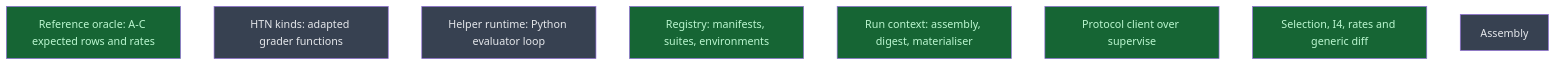
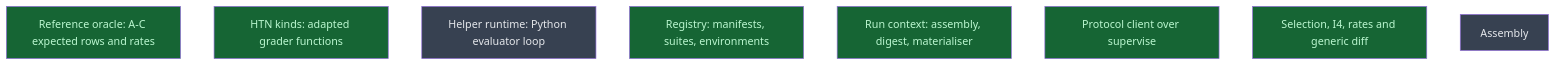
One commit to CrackingShells/Candler changed the diagram in __roadmap__/m2a-evaluation-parity/components/README.md. Above: the diagram before and after it, drawn with Mermaid. The commit also changed other lines of this file and 3 other files, not shown here.

First line of the commit message:
rdm(evaluation): report htn_kinds and mark it done

````diff
--- a/__roadmap__/m2a-evaluation-parity/components/README.md
+++ b/__roadmap__/m2a-evaluation-parity/components/README.md
@@ -20,16 +20,16 @@
 ```mermaid
 graph TD
     reference_oracle[Reference oracle: A-C expected rows and rates]:::done
-    htn_kinds[HTN kinds: adapted grader functions]:::planned
+    htn_kinds[HTN kinds: adapted grader functions]:::done
     helper_runtime[Helper runtime: Python evaluator loop]:::planned
     registry[Registry: manifests, suites, environments]:::done
     run_context[Run context: assembly, digest, materialiser]:::done
     protocol_client[Protocol client over supervise]:::done
     selection_rates[Selection, I4, rates and generic diff]:::done
     assembly[Assembly]:::planned
     classDef done       fill:#166534,color:#bbf7d0
     classDef inprogress fill:#854d0e,color:#fef08a
     classDef planned    fill:#374151,color:#e5e7eb
     classDef amendment  fill:#1e3a5f,color:#bfdbfe
     classDef blocked    fill:#7f1d1d,color:#fecaca
 ```
````
